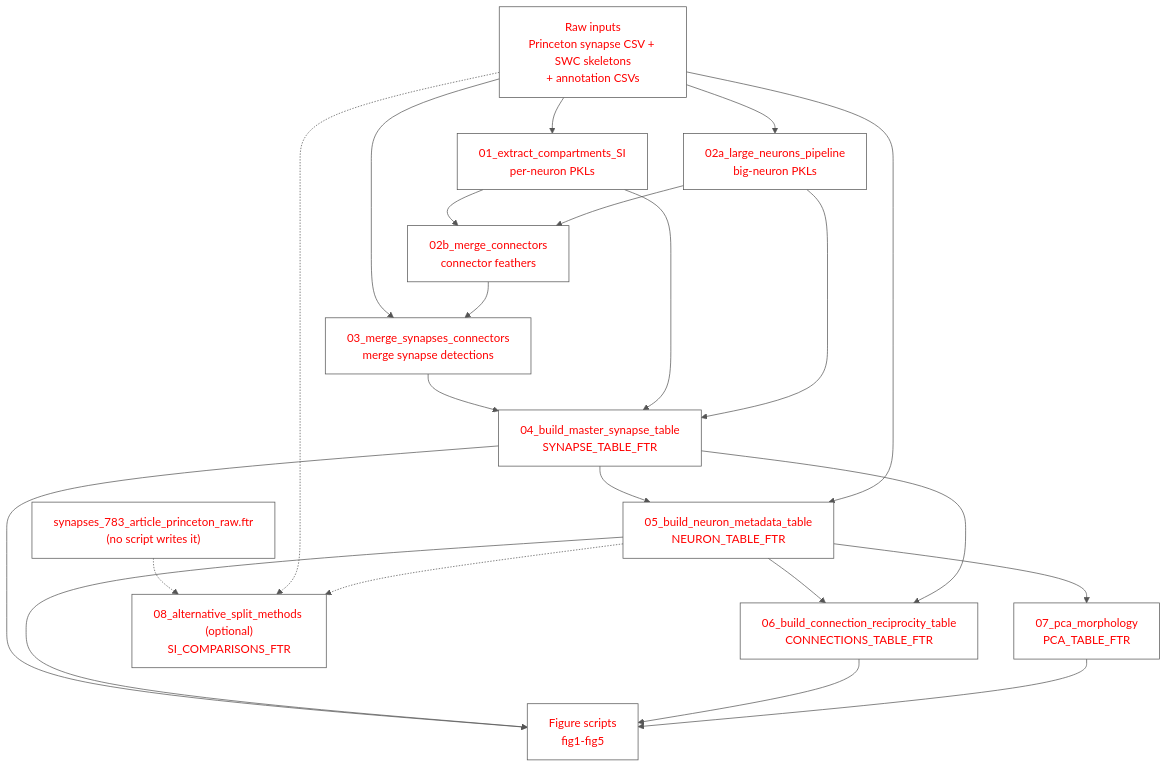
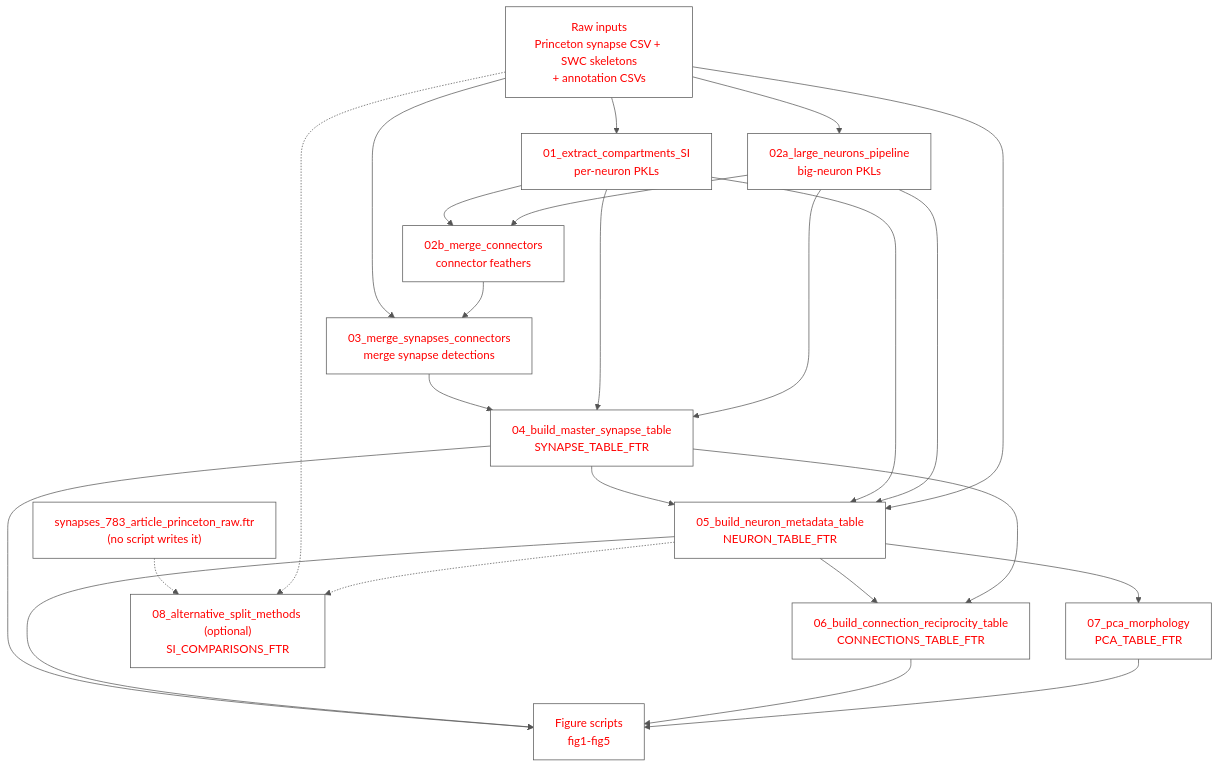
Before and after one commit to deutschlab/mixed-polarity-paper: the diagram in docs/pipeline_overview.md, drawn with Mermaid. The commit also changed 4 other files, not shown here.

Commit message:
Correct the figure map, flowchart and docs

````diff
--- a/docs/pipeline_overview.md
+++ b/docs/pipeline_overview.md
@@ -14,37 +14,39 @@
 ```mermaid
 %%{init: {'theme': 'base', 'themeVariables': {'primaryColor': '#ffffff', 'primaryTextColor': '#ff0000', 'primaryBorderColor': '#555555', 'lineColor': '#555555'}}}%%
 flowchart TD
     RAW["Raw inputs\nPrinceton synapse CSV + SWC skeletons\n+ annotation CSVs"]
     S01["01_extract_compartments_SI\nper-neuron PKLs"]
     S02A["02a_large_neurons_pipeline\nbig-neuron PKLs"]
     S02B["02b_merge_connectors\nconnector feathers"]
     S03["03_merge_synapses_connectors\nmerge synapse detections"]
     S04["04_build_master_synapse_table\nSYNAPSE_TABLE_FTR"]
     S05["05_build_neuron_metadata_table\nNEURON_TABLE_FTR"]
     S06["06_build_connection_reciprocity_table\nCONNECTIONS_TABLE_FTR"]
     S07["07_pca_morphology\nPCA_TABLE_FTR"]
     S08["08_alternative_split_methods (optional)\nSI_COMPARISONS_FTR"]
     FIGS["Figure scripts\nfig1-fig5"]
 
     RAW --> S01
     RAW --> S02A
     S01 --> S02B
     S02A --> S02B
     RAW --> S03
     S02B --> S03
     S03 --> S04
     S01 --> S04
     S02A --> S04
     S04 --> S05
+    S01 --> S05
+    S02A --> S05
     RAW --> S05
     S05 --> S06
     S04 --> S06
     S05 --> S07
     S04 --> FIGS
     S05 --> FIGS
     S06 --> FIGS
     S07 --> FIGS
     SYNRAW["synapses_783_article_princeton_raw.ftr\n(no script writes it)"] -.-> S08
     RAW -.-> S08
     S05 -.-> S08
 ```
````
